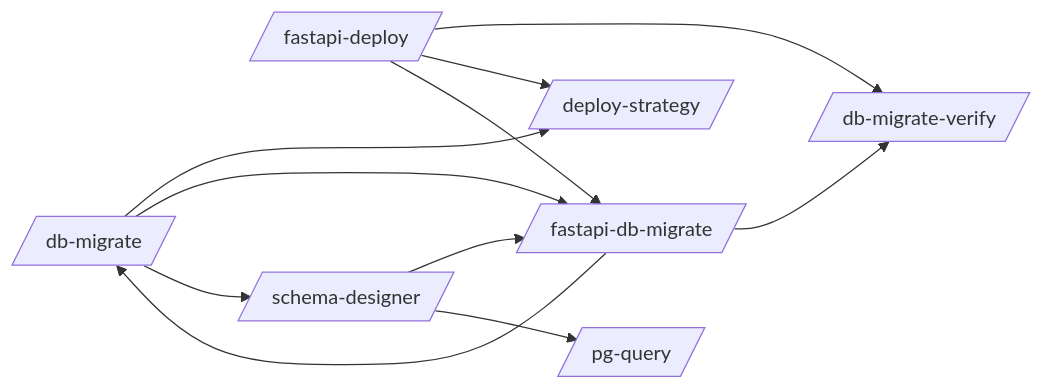
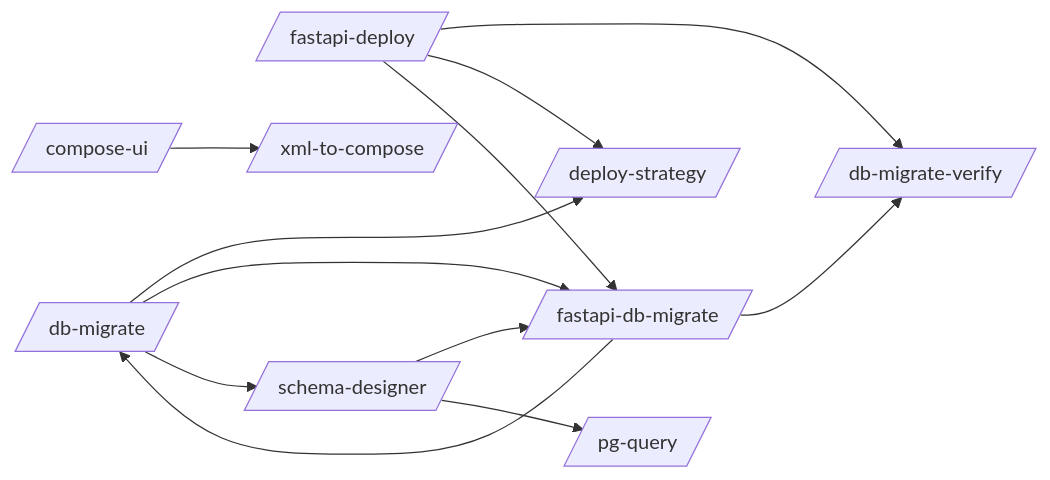
One commit to abhayla/claude-best-practices changed the first of 29 diagrams in docs/workflows/_needs-manual-review.md. Above: the diagram before and after it, drawn with Mermaid. The commit also changed other lines of this file and 12 other files, not shown here.

````diff
--- a/docs/workflows/_needs-manual-review.md
+++ b/docs/workflows/_needs-manual-review.md
@@ -9,20 +9,23 @@
 ```mermaid
 graph LR
+    compose_ui[/compose-ui/]
     db_migrate[/db-migrate/]
     db_migrate_verify[/db-migrate-verify/]
     deploy_strategy[/deploy-strategy/]
     fastapi_db_migrate[/fastapi-db-migrate/]
     fastapi_deploy[/fastapi-deploy/]
     pg_query[/pg-query/]
     schema_designer[/schema-designer/]
+    xml_to_compose[/xml-to-compose/]
+    compose_ui --> xml_to_compose
     db_migrate --> deploy_strategy
     db_migrate --> fastapi_db_migrate
     db_migrate --> schema_designer
     fastapi_db_migrate --> db_migrate
     fastapi_db_migrate --> db_migrate_verify
     fastapi_deploy --> db_migrate_verify
     fastapi_deploy --> deploy_strategy
     fastapi_deploy --> fastapi_db_migrate
     schema_designer --> fastapi_db_migrate
     schema_designer --> pg_query
 ```
````
